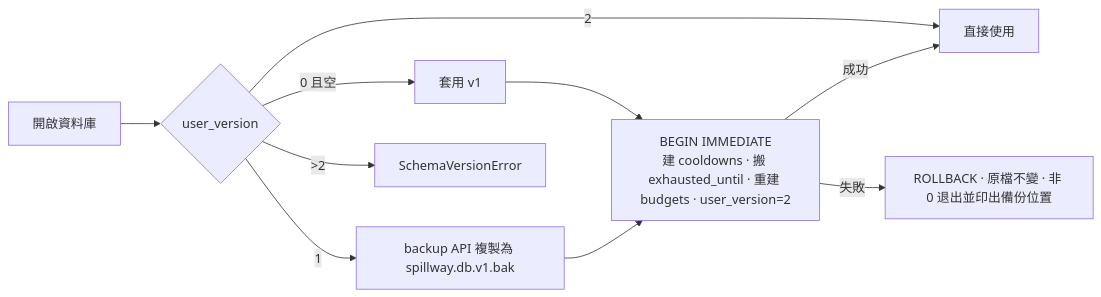
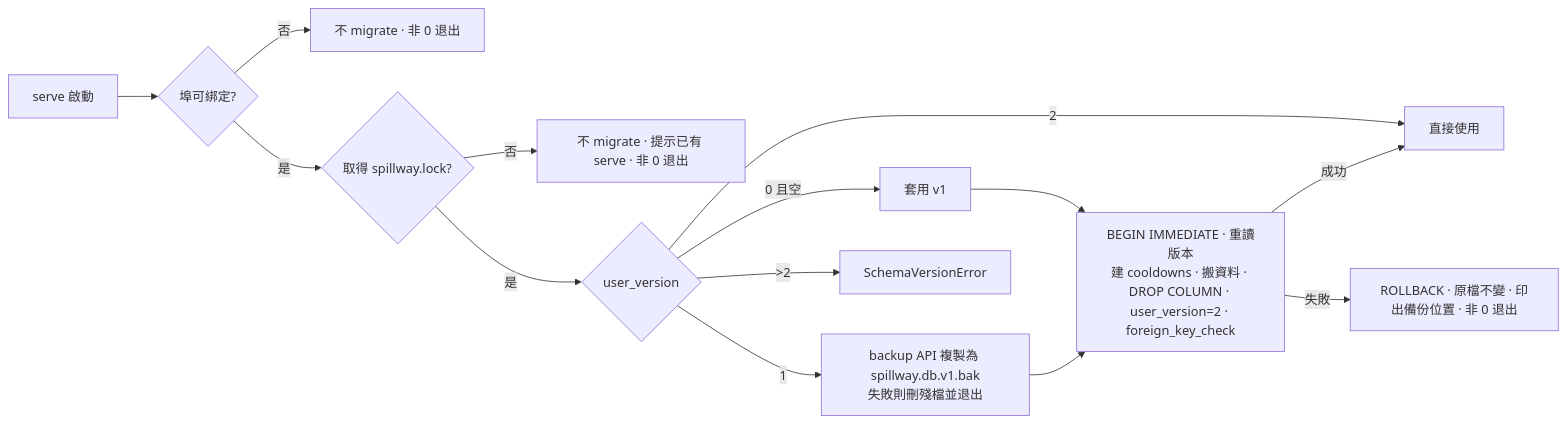
One commit to kamira/spillway changed the third of 5 diagrams in sdlc_docs/changes/CHG-20261101-03.md. Above: the diagram before and after it, drawn with Mermaid. The commit also changed other lines of this file and 1 other file, not shown here.

````diff
--- a/sdlc_docs/changes/CHG-20261101-03.md
+++ b/sdlc_docs/changes/CHG-20261101-03.md
@@ -113,10 +116,14 @@
 ```mermaid
 flowchart LR
-  OPEN[開啟資料庫] --> V{user_version}
+  S[serve 啟動] --> PORT{埠可綁定?}
+  PORT -- 否 --> X1[不 migrate · 非 0 退出]
+  PORT -- 是 --> LOCK{取得 spillway.lock?}
+  LOCK -- 否 --> X2[不 migrate · 提示已有 serve · 非 0 退出]
+  LOCK -- 是 --> V{user_version}
   V -- 2 --> DONE[直接使用]
-  V -- 0 且空 --> V1[套用 v1] --> M2
-  V -- 1 --> BAK[backup API 複製為 spillway.db.v1.bak] --> M2[BEGIN IMMEDIATE<br/>建 cooldowns · 搬 exhausted_until · 重建 budgets · user_version=2]
-  M2 -- 成功 --> DONE
-  M2 -- 失敗 --> RB[ROLLBACK · 原檔不變 · 非 0 退出並印出備份位置]
+  V -- 0 且空 --> V1[套用 v1] --> TX
+  V -- 1 --> BAK[backup API 複製為 spillway.db.v1.bak<br/>失敗則刪殘檔並退出] --> TX[BEGIN IMMEDIATE · 重讀版本<br/>建 cooldowns · 搬資料 · DROP COLUMN · user_version=2 · foreign_key_check]
+  TX -- 成功 --> DONE
+  TX -- 失敗 --> RB[ROLLBACK · 原檔不變 · 印出備份位置 · 非 0 退出]
   V -- >2 --> ERR[SchemaVersionError]
 ```
````
